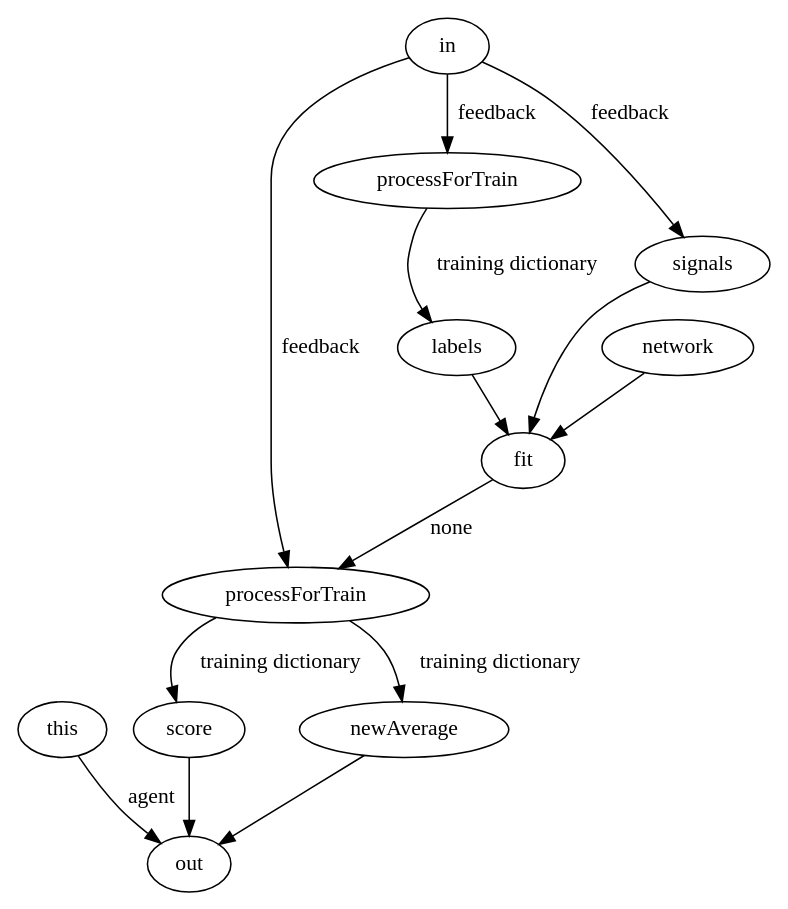
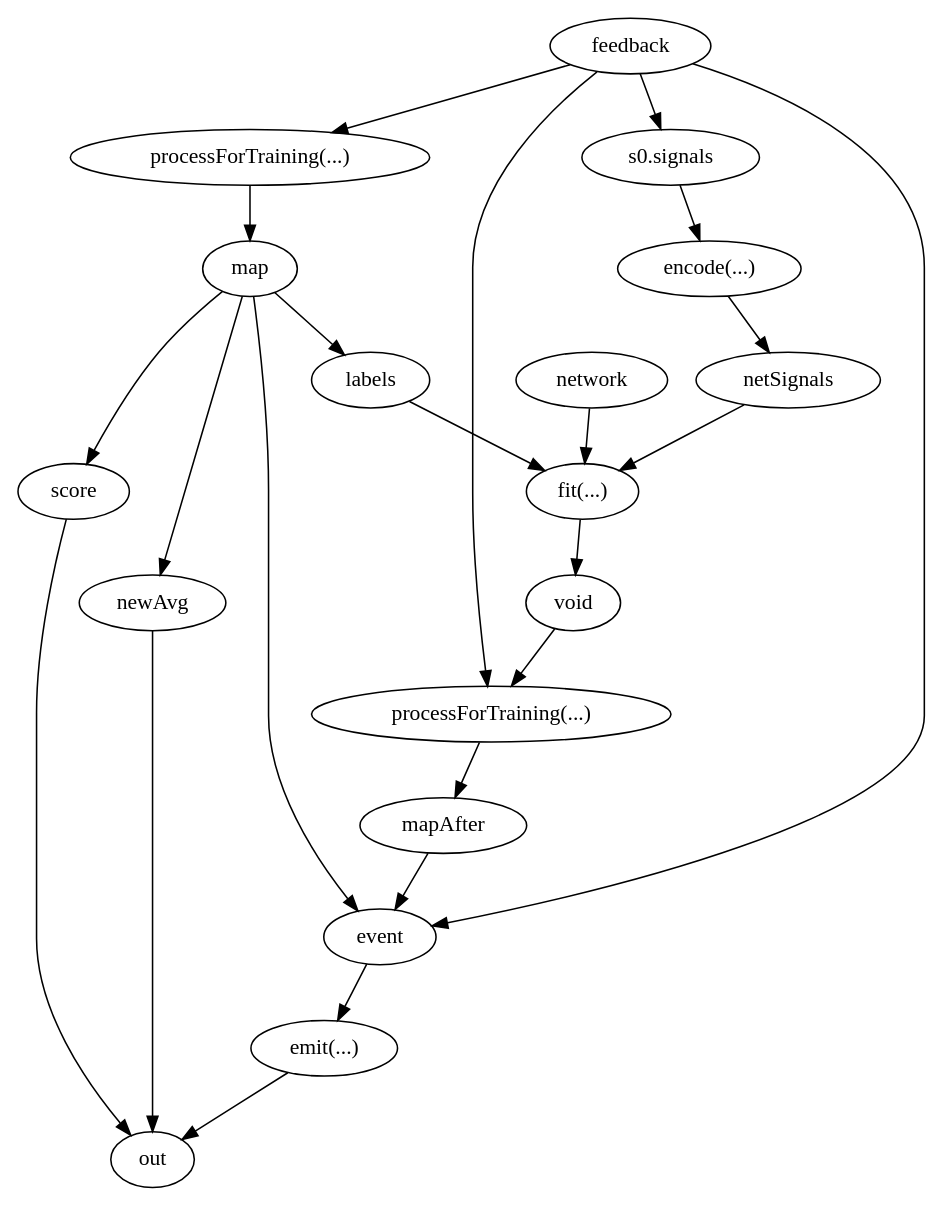
Before and after one commit to m-marini/scalarl: the ninth of 10 diagrams in docs/Charts.md, drawn with Graphviz. The commit also changed other lines of this file and 182 other files, not shown here.

````diff
--- a/docs/Charts.md
+++ b/docs/Charts.md
@@ -41,19 +367,39 @@
 ```dot
-digraph plannerLoop {
-    processForTrain1 [label="processForTrain"]
-    in -> processForTrain [label=feedback]
-    in -> signals [label=feedback]
-    processForTrain->labels [label="training dictionary"]
+digraph {
 
-    network -> fit
-    signals -> fit
-    labels -> fit
-    fit -> processForTrain1 [label=none]
-    in -> processForTrain1 [label=feedback]
-    this -> out [label=agent]
-    processForTrain1 -> score [label="training dictionary"]
-    processForTrain1 -> newAverage [label="training dictionary"]
-    newAverage -> out
-    score -> out
+    feedback->signals0->fencode
+    signals0 [label="s0.signals"]
+
+    fencode->netSignals
+    fencode [label="encode(...)"]
+
+    feedback->processForTraining
+    processForTraining->map
+    processForTraining [label="processForTraining(...)"]
+
+    map->labels
+    map->score
+    map->newAvg
+
+    netSignals->ffit
+    network->ffit
+    labels->ffit
+    ffit->void
+    ffit [label="fit(...)"]
+
+    void->processForTraining1
+    feedback->processForTraining1
+    processForTraining1->mapAfter
+    processForTraining1 [label="processForTraining(...)"]
+
+    map->event
+    mapAfter->event
+    feedback->event
+    event->emit
+    emit [label="emit(...)"]
+
+    newAvg->out
+    score->out
+    emit->out
 }
 ```
````
